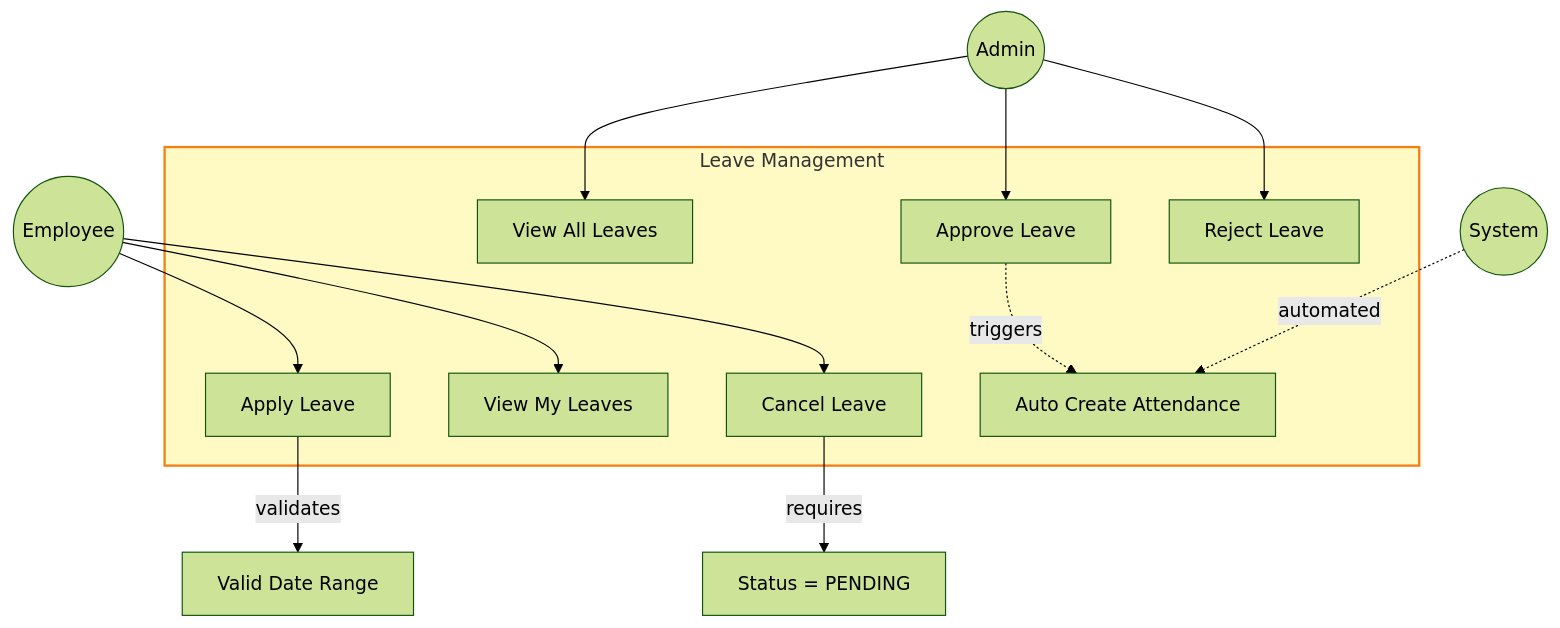
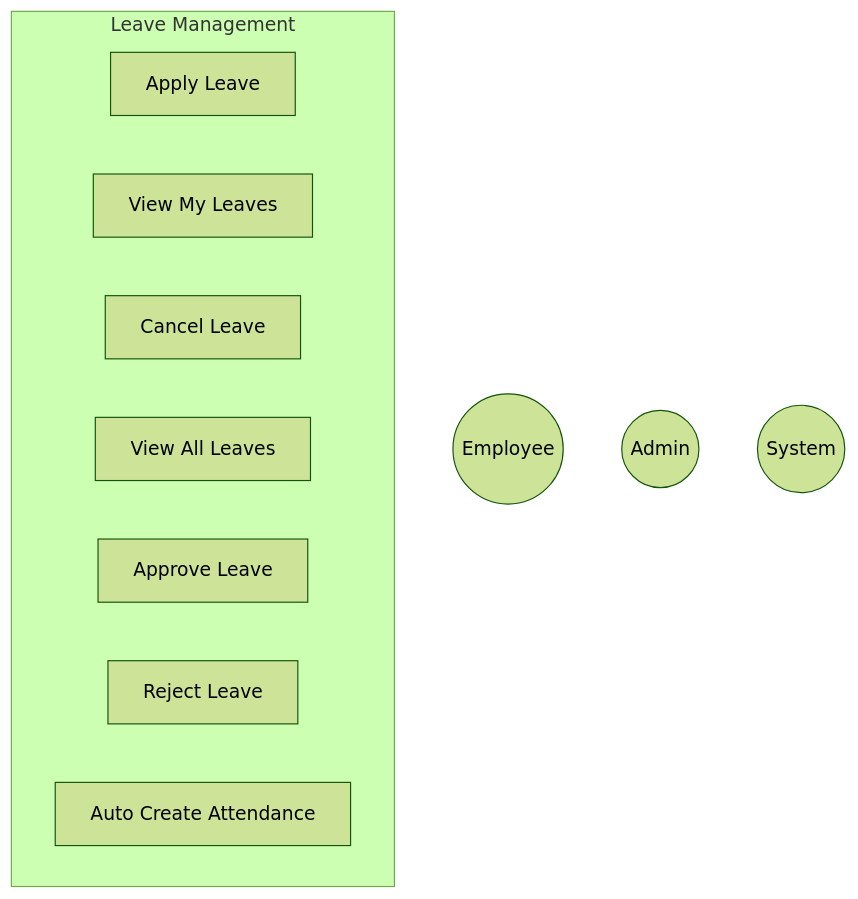
The sixth of 6 diagrams in useCaseDiagram.md (kshitij2212/attendance-manager), drawn with Mermaid (forest theme) before and after one commit. The commit also changed other lines of this file, not shown here.

Commit message:
docs: finalize idea.md  and diagrams

````diff
--- a/useCaseDiagram.md
+++ b/useCaseDiagram.md
@@ -218,32 +197,16 @@
 ```mermaid
 graph TB
     Employee((Employee))
     Admin((Admin))
     System((System))
     
     subgraph LeaveModule["Leave Management"]
         UC19[Apply Leave]
         UC20[View My Leaves]
         UC21[Cancel Leave]
         UC22[View All Leaves]
         UC23[Approve Leave]
         UC24[Reject Leave]
         UC25[Auto Create Attendance]
     end
-    
-    Employee --> UC19
-    Employee --> UC20
-    Employee --> UC21
-    
-    Admin --> UC22
-    Admin --> UC23
-    Admin --> UC24
-    
-    System -.automated.-> UC25
-    
-    UC19 -->|validates| DateRange[Valid Date Range]
-    UC21 -->|requires| Pending[Status = PENDING]
-    UC23 -.triggers.-> UC25
-    
-    style LeaveModule fill:#fff9c4,stroke:#f57f17,stroke-width:2px
 ```
````
